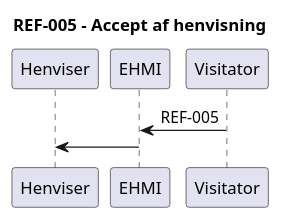
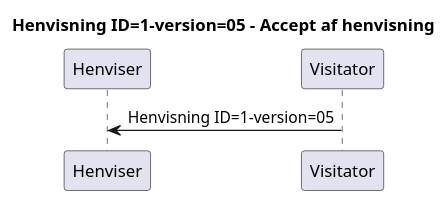
Before and after one commit to medcomdk/dk-medcom-ref-lm: the fifth of 12 diagrams in input/plantuml/fhir-henvisning-messaging.puml, drawn with PlantUML. The commit also changed other lines of this file and 15 other files, not shown here.

```diff
--- a/input/plantuml/fhir-henvisning-messaging.puml
+++ b/input/plantuml/fhir-henvisning-messaging.puml
@@ -41,9 +49,9 @@
 @startuml
 
- title REF-005 - Accept af henvisning
+ title Henvisning ID=1-version=05 - Accept af henvisning
  participant Henviser
- participant EHMI
  participant Visitator
-Visitator -> EHMI : REF-005
-EHMI -> Henviser
+
+Visitator -> Henviser : Henvisning ID=1-version=05
+
 @enduml
```
